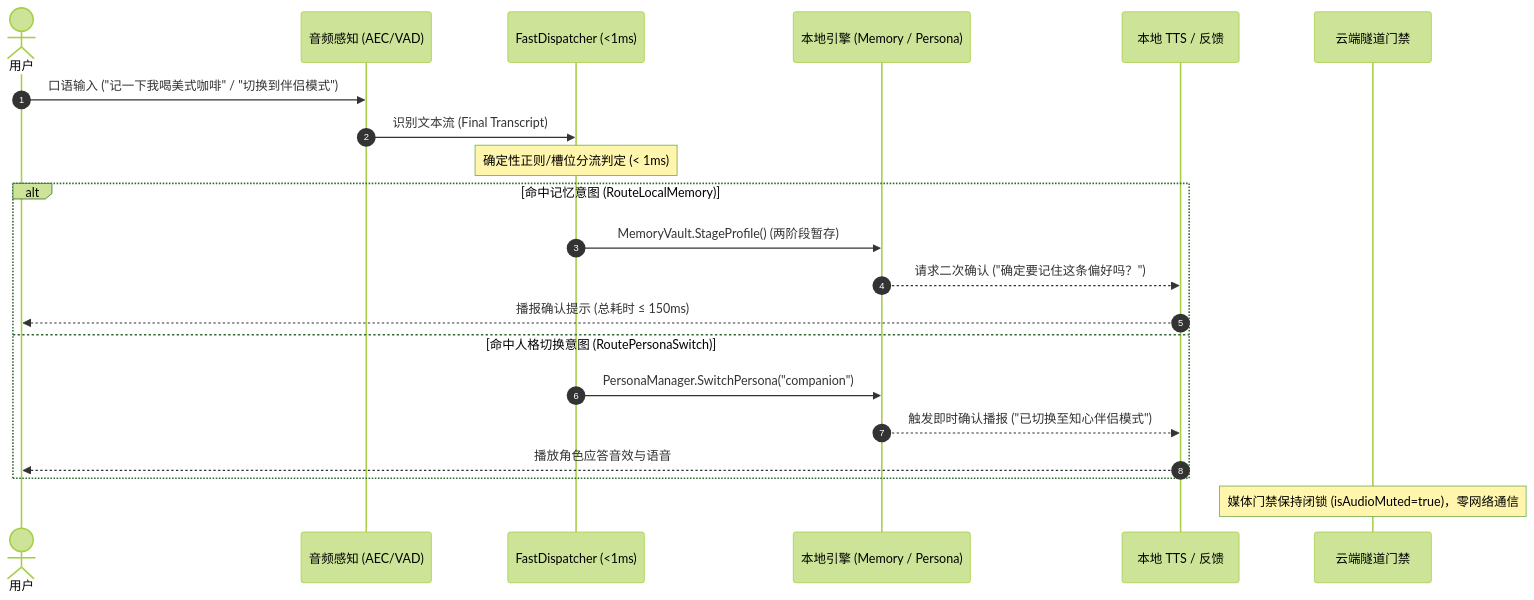
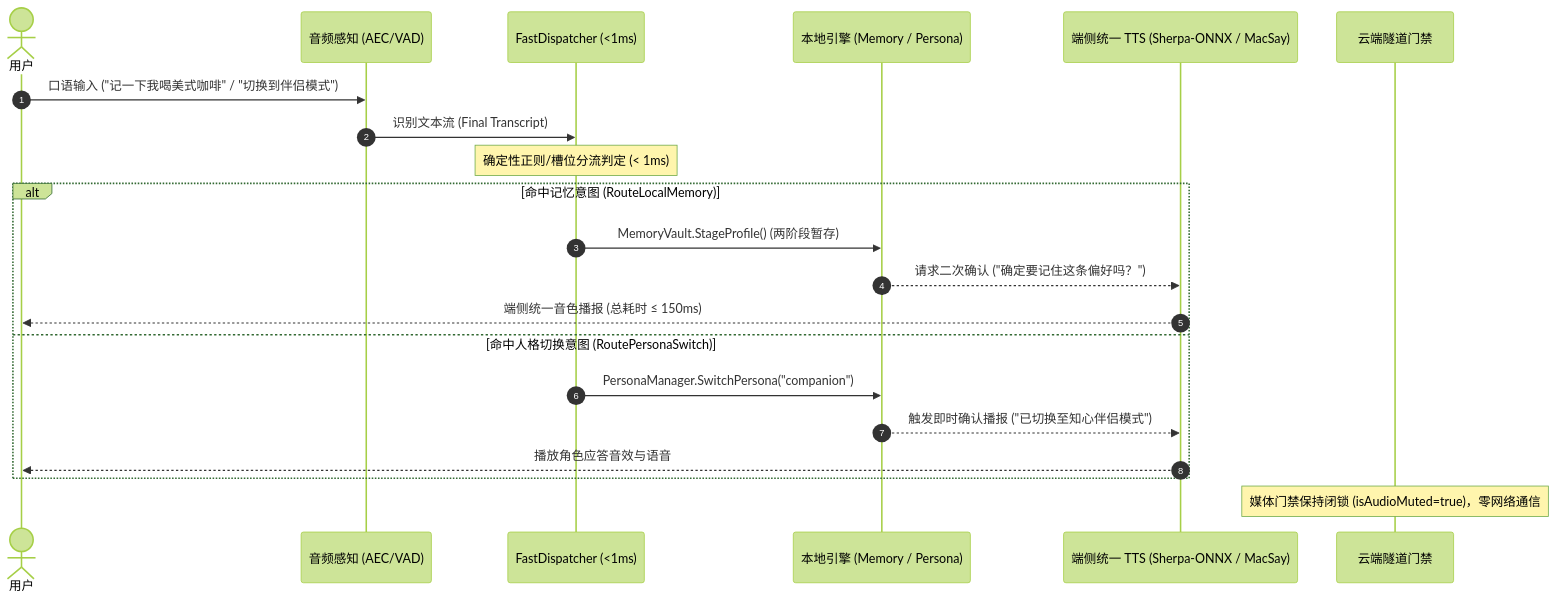
Before and after one commit to feixiao/FastAvatar: the second of 7 diagrams in docs/architecture.md, drawn with Mermaid (forest theme). The commit also changed other lines of this file and 12 other files, not shown here.

````diff
--- a/docs/architecture.md
+++ b/docs/architecture.md
@@ -233,26 +228,26 @@
 ```mermaid
 sequenceDiagram
     autonumber
     actor User as 用户
     participant Audio as 音频感知 (AEC/VAD)
     participant Dispatcher as FastDispatcher (<1ms)
     participant LocalEngine as 本地引擎 (Memory / Persona)
-    participant LocalTTS as 本地 TTS / 反馈
+    participant UnifiedTTS as 端侧统一 TTS (Sherpa-ONNX / MacSay)
     participant CloudBridge as 云端隧道门禁
 
     User->>Audio: 口语输入 ("记一下我喝美式咖啡" / "切换到伴侣模式")
     Audio->>Dispatcher: 识别文本流 (Final Transcript)
     Note over Dispatcher: 确定性正则/槽位分流判定 (< 1ms)
     
     alt 命中记忆意图 (RouteLocalMemory)
         Dispatcher->>LocalEngine: MemoryVault.StageProfile() (两阶段暂存)
-        LocalEngine-->>LocalTTS: 请求二次确认 ("确定要记住这条偏好吗？")
-        LocalTTS-->>User: 播报确认提示 (总耗时 ≤ 150ms)
+        LocalEngine-->>UnifiedTTS: 请求二次确认 ("确定要记住这条偏好吗？")
+        UnifiedTTS-->>User: 端侧统一音色播报 (总耗时 ≤ 150ms)
     else 命中人格切换意图 (RoutePersonaSwitch)
         Dispatcher->>LocalEngine: PersonaManager.SwitchPersona("companion")
-        LocalEngine-->>LocalTTS: 触发即时确认播报 ("已切换至知心伴侣模式")
-        LocalTTS-->>User: 播放角色应答音效与语音
+        LocalEngine-->>UnifiedTTS: 触发即时确认播报 ("已切换至知心伴侣模式")
+        UnifiedTTS-->>User: 播放角色应答音效与语音
     end
 
     Note over CloudBridge: 媒体门禁保持闭锁 (isAudioMuted=true)，零网络通信
 ```
````
